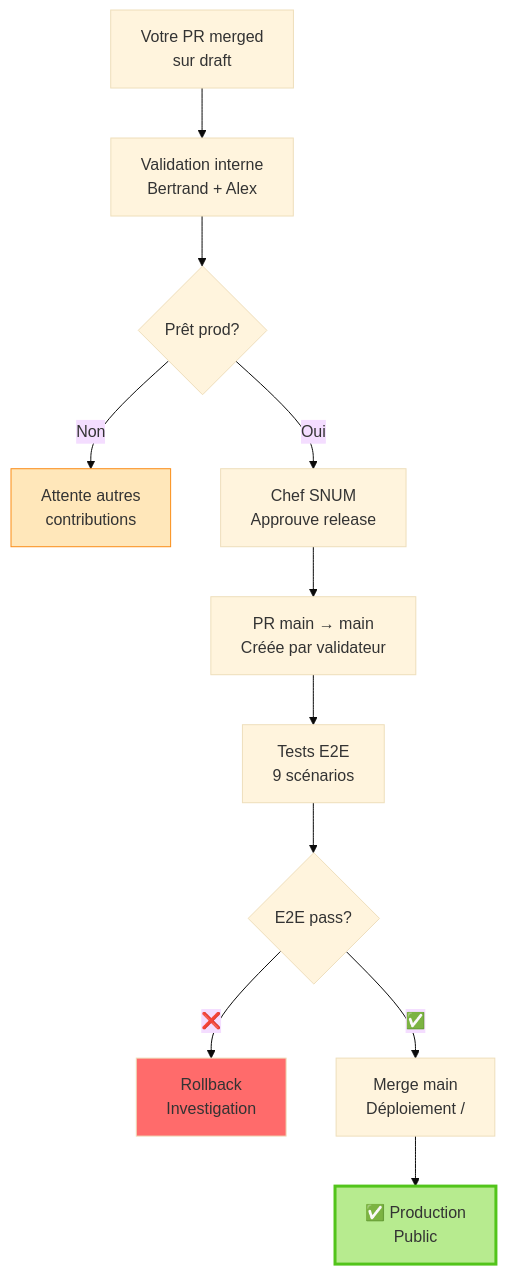
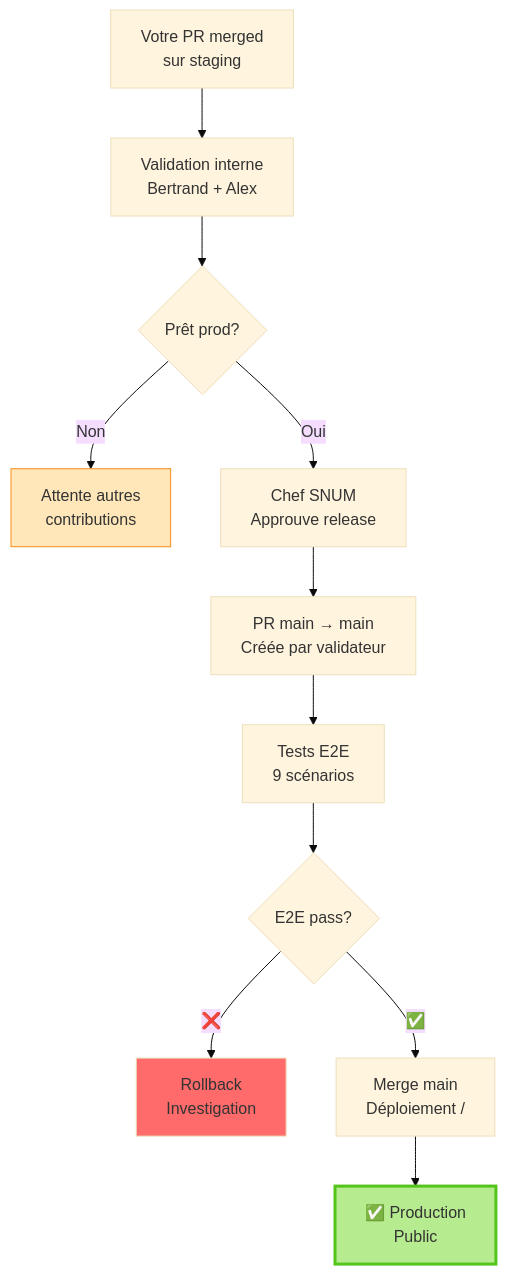
Before and after one commit to Alexmacapple/span-sg: the sixth of 7 diagrams in docs/onboarding-visual.md, drawn with Mermaid (base theme). The commit also changed other lines of this file and 12 other files, not shown here.

First line of the commit message:
docs: renommer toutes références /draft/ vers /staging/

````diff
--- a/docs/onboarding-visual.md
+++ b/docs/onboarding-visual.md
@@ -247,19 +247,19 @@
 ```mermaid
 graph TB
-    A[Votre PR merged<br/>sur draft] --> B[Validation interne<br/>Bertrand + Alex]
+    A[Votre PR merged<br/>sur staging] --> B[Validation interne<br/>Bertrand + Alex]
     B --> C{Prêt prod?}
     C -->|Non| D[Attente autres<br/>contributions]
     C -->|Oui| E[Chef SNUM<br/>Approuve release]
 
     E --> F[PR main → main<br/>Créée par validateur]
     F --> G[Tests E2E<br/>9 scénarios]
     G --> H{E2E pass?}
     H -->|❌| I[Rollback<br/>Investigation]
     H -->|✅| J[Merge main<br/>Déploiement /]
 
     J --> K[✅ Production<br/>Public]
 
     style D fill:#ffe7ba,stroke:#fa8c16
     style I fill:#ff6b6b
     style K fill:#b7eb8f,stroke:#52c41a,stroke-width:3px
 ```
````
